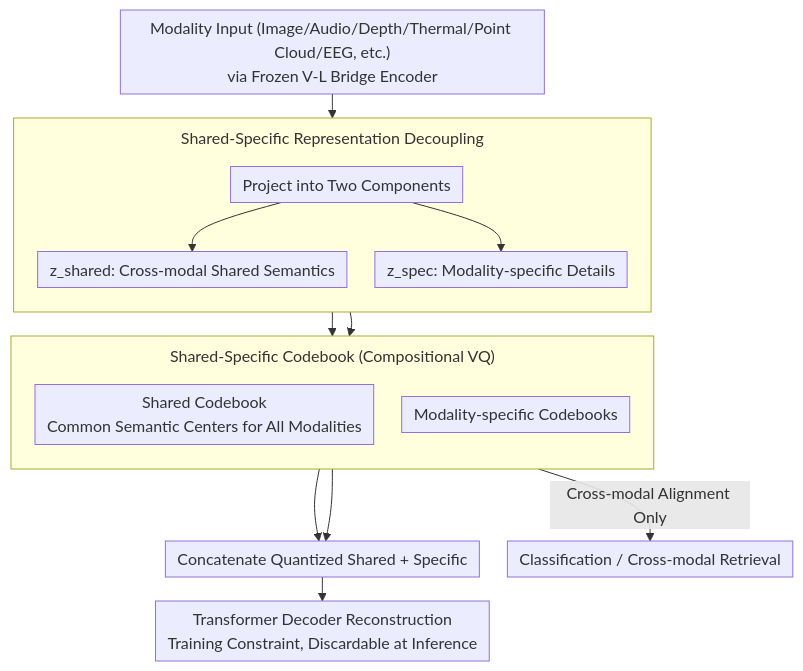
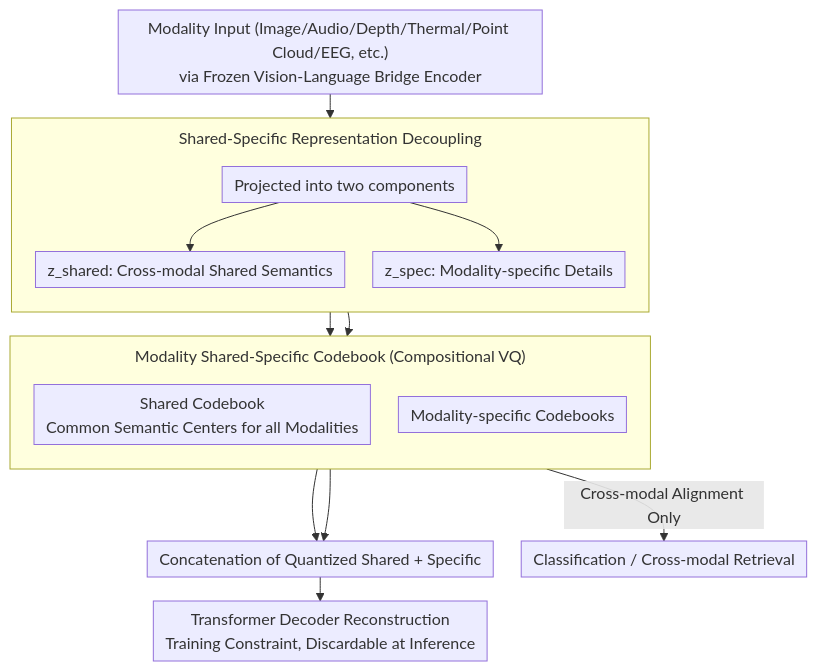
Before and after one commit to zhaoyang97/Paper-Notes-en: the diagram in docs/ACL2026/multimodal_vlm/codebind_decoupled_representation_learning_for_multimodal_alignment_with_unified.md, drawn with Mermaid. The commit also changed other lines of this file and 5084 other files, not shown here.

````diff
--- a/docs/ACL2026/multimodal_vlm/codebind_decoupled_representation_learning_for_multimodal_alignment_with_unified.md
+++ b/docs/ACL2026/multimodal_vlm/codebind_decoupled_representation_learning_for_multimodal_alignment_with_unified.md
@@ -41,21 +41,21 @@
 ```mermaid
 %%{init: {'flowchart': {'rankSpacing': 24, 'nodeSpacing': 28, 'padding': 6, 'wrappingWidth': 400, 'subGraphTitleMargin': {'top': 8, 'bottom': 16}}}}%%
 flowchart TD
-    A["Modality Input (Image/Audio/Depth/Thermal/Point Cloud/EEG, etc.)<br/>via Frozen V-L Bridge Encoder"] --> B["Project into Two Components"]
+    A["Modality Input (Image/Audio/Depth/Thermal/Point Cloud/EEG, etc.)<br/>via Frozen Vision-Language Bridge Encoder"] --> B["Projected into two components"]
     subgraph DEC["Shared-Specific Representation Decoupling"]
         direction TB
         B --> S["z_shared: Cross-modal Shared Semantics"]
         B --> P["z_spec: Modality-specific Details"]
     end
-    subgraph CB["Shared-Specific Codebook (Compositional VQ)"]
+    subgraph CB["Modality Shared-Specific Codebook (Compositional VQ)"]
         direction TB
-        SC["Shared Codebook<br/>Common Semantic Centers for All Modalities"]
+        SC["Shared Codebook<br/>Common Semantic Centers for all Modalities"]
         PC["Modality-specific Codebooks"]
     end
     S --> SC
     P --> PC
-    SC --> M["Concatenate Quantized Shared + Specific"]
+    SC --> M["Concatenation of Quantized Shared + Specific"]
     PC --> M
     M --> R["Transformer Decoder Reconstruction<br/>Training Constraint, Discardable at Inference"]
     SC -->|Cross-modal Alignment Only| OUT["Classification / Cross-modal Retrieval"]
 ```
````
